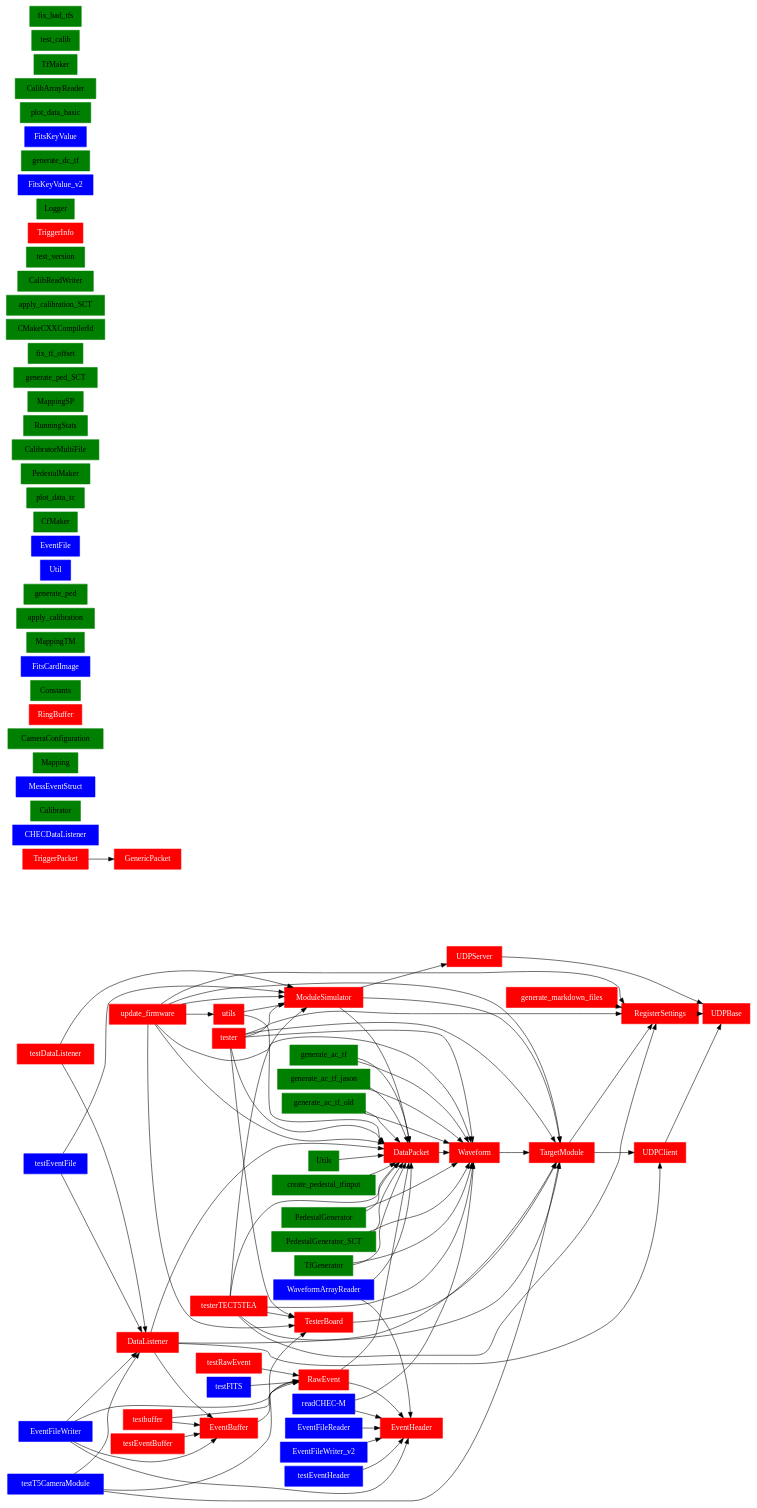
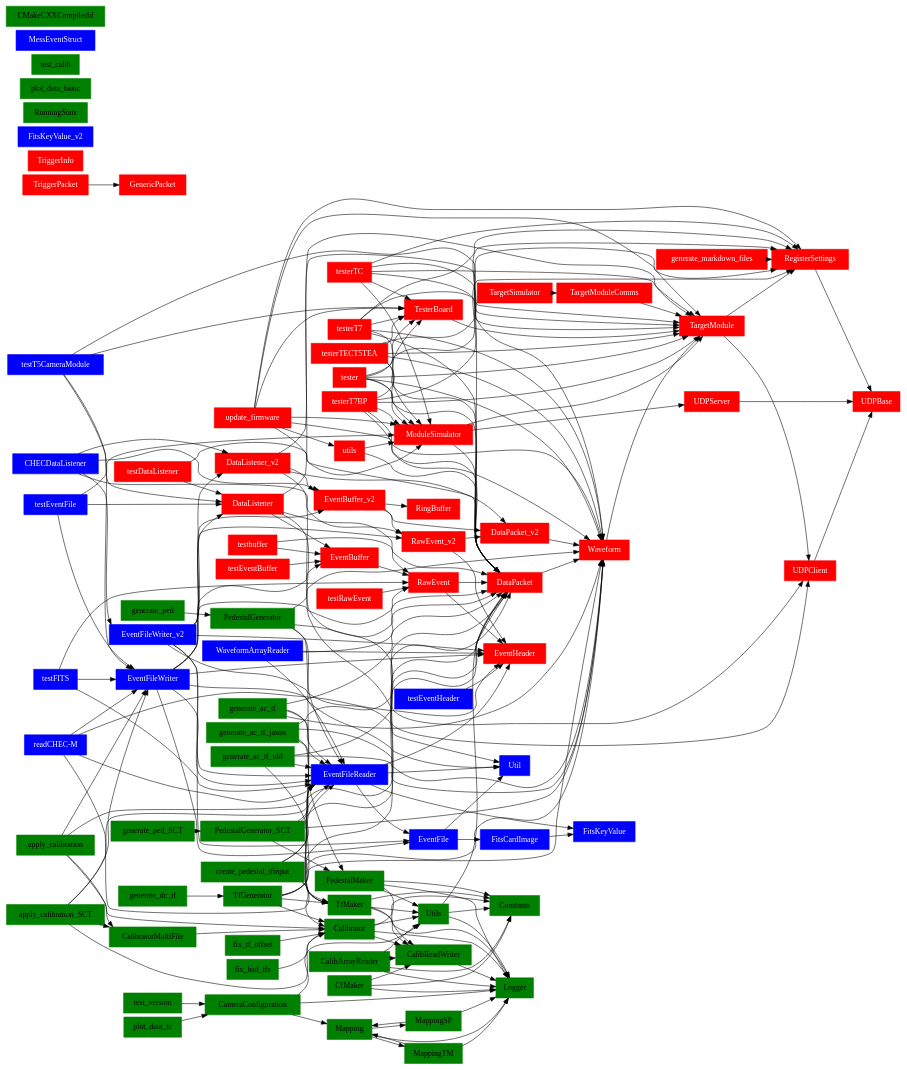
Before and after one commit to brycehoecker/TargetLibraries_sctsim: the diagram in pythonScripts/include_tree.gv, drawn with Graphviz. The commit also changed 316 other files, not shown here.

```diff
--- a/pythonScripts/include_tree.gv
+++ b/pythonScripts/include_tree.gv
@@ -3,28 +3,35 @@
 	graph [nodesep=0.1 rankdir=LR ranksep=0.1]
 	node [shape=box]
 	DataListener [color=red fontcolor=white style=filled]
+	DataListener -> EventBuffer
+	DataListener -> UDPClient
+	DataListener -> TargetModule
 	DataListener -> DataPacket
-	DataListener -> TargetModule
-	DataListener -> UDPClient
-	DataListener -> EventBuffer
 	DataPacket [color=red fontcolor=white style=filled]
 	DataPacket -> Waveform
 	EventBuffer [color=red fontcolor=white style=filled]
 	EventBuffer -> RawEvent
+	EventHeader [color=red fontcolor=white style=filled]
+	GenericPacket [color=red fontcolor=white style=filled]
 	ModuleSimulator [color=red fontcolor=white style=filled]
+	ModuleSimulator -> TargetModule
+	ModuleSimulator -> DataPacket
 	ModuleSimulator -> UDPServer
-	ModuleSimulator -> DataPacket
-	ModuleSimulator -> TargetModule
 	RawEvent [color=red fontcolor=white style=filled]
+	RawEvent -> DataPacket
 	RawEvent -> EventHeader
-	RawEvent -> DataPacket
+	RegisterSettings [color=red fontcolor=white style=filled]
+	RegisterSettings -> UDPBase
+	RingBuffer [color=red fontcolor=white style=filled]
 	TargetModule [color=red fontcolor=white style=filled]
+	TargetModule -> UDPClient
 	TargetModule -> RegisterSettings
-	TargetModule -> UDPClient
 	TesterBoard [color=red fontcolor=white style=filled]
 	TesterBoard -> TargetModule
+	TriggerInfo [color=red fontcolor=white style=filled]
 	TriggerPacket [color=red fontcolor=white style=filled]
 	TriggerPacket -> GenericPacket
+	UDPBase [color=red fontcolor=white style=filled]
 	UDPClient [color=red fontcolor=white style=filled]
 	UDPClient -> UDPBase
 	UDPServer [color=red fontcolor=white style=filled]
@@ -34,126 +41,248 @@
 	utils [color=red fontcolor=white style=filled]
 	utils -> DataPacket
 	utils -> ModuleSimulator
-	RegisterSettings [color=red fontcolor=white style=filled]
-	RegisterSettings -> UDPBase
+	DataListener_v2 [color=red fontcolor=white style=filled]
+	DataListener_v2 -> UDPClient
+	DataListener_v2 -> TargetModule
+	DataListener_v2 -> DataPacket_v2
+	DataListener_v2 -> EventBuffer_v2
+	DataPacket_v2 [color=red fontcolor=white style=filled]
+	DataPacket_v2 -> Waveform
+	EventBuffer_v2 [color=red fontcolor=white style=filled]
+	EventBuffer_v2 -> DataPacket_v2
+	EventBuffer_v2 -> RingBuffer
+	EventBuffer_v2 -> RawEvent_v2
+	RawEvent_v2 [color=red fontcolor=white style=filled]
+	RawEvent_v2 -> DataPacket_v2
+	RawEvent_v2 -> EventHeader
+	TargetModuleComms [color=red fontcolor=white style=filled]
+	TargetModuleComms -> TargetModule
+	TargetSimulator [color=red fontcolor=white style=filled]
+	TargetSimulator -> TargetModuleComms
 	generate_markdown_files [color=red fontcolor=white style=filled]
 	generate_markdown_files -> RegisterSettings
 	testbuffer [color=red fontcolor=white style=filled]
 	testbuffer -> RawEvent
 	testbuffer -> EventBuffer
 	tester [color=red fontcolor=white style=filled]
+	tester -> ModuleSimulator
 	tester -> DataPacket
 	tester -> TargetModule
-	tester -> ModuleSimulator
+	tester -> Waveform
 	tester -> TesterBoard
 	tester -> RegisterSettings
-	tester -> Waveform
 	testerTECT5TEA [color=red fontcolor=white style=filled]
+	testerTECT5TEA -> ModuleSimulator
 	testerTECT5TEA -> DataPacket
 	testerTECT5TEA -> TargetModule
-	testerTECT5TEA -> ModuleSimulator
+	testerTECT5TEA -> Waveform
 	testerTECT5TEA -> TesterBoard
 	testerTECT5TEA -> RegisterSettings
-	testerTECT5TEA -> Waveform
 	update_firmware [color=red fontcolor=white style=filled]
+	update_firmware -> utils
+	update_firmware -> ModuleSimulator
 	update_firmware -> DataPacket
 	update_firmware -> TargetModule
-	update_firmware -> ModuleSimulator
+	update_firmware -> Waveform
 	update_firmware -> TesterBoard
 	update_firmware -> RegisterSettings
-	update_firmware -> utils
-	update_firmware -> Waveform
+	testerT7 [color=red fontcolor=white style=filled]
+	testerT7 -> ModuleSimulator
+	testerT7 -> DataPacket
+	testerT7 -> TargetModule
+	testerT7 -> Waveform
+	testerT7 -> TesterBoard
+	testerT7 -> RegisterSettings
+	testerT7BP [color=red fontcolor=white style=filled]
+	testerT7BP -> ModuleSimulator
+	testerT7BP -> DataPacket
+	testerT7BP -> TargetModule
+	testerT7BP -> Waveform
+	testerT7BP -> TesterBoard
+	testerT7BP -> RegisterSettings
+	testerTC [color=red fontcolor=white style=filled]
+	testerTC -> ModuleSimulator
+	testerTC -> DataPacket
+	testerTC -> TargetModule
+	testerTC -> Waveform
+	testerTC -> TesterBoard
+	testerTC -> RegisterSettings
 	testDataListener [color=red fontcolor=white style=filled]
+	testDataListener -> ModuleSimulator
 	testDataListener -> DataListener
-	testDataListener -> ModuleSimulator
 	testEventBuffer [color=red fontcolor=white style=filled]
 	testEventBuffer -> EventBuffer
 	testRawEvent [color=red fontcolor=white style=filled]
 	testRawEvent -> RawEvent
 	CHECDataListener [color=blue fontcolor=white style=filled]
+	CHECDataListener -> DataListener_v2
+	CHECDataListener -> EventBuffer_v2
+	CHECDataListener -> RawEvent_v2
+	CHECDataListener -> EventFileWriter_v2
 	"readCHEC-M" [color=blue fontcolor=white style=filled]
+	"readCHEC-M" -> EventFileWriter
+	"readCHEC-M" -> Waveform
 	"readCHEC-M" -> EventHeader
-	"readCHEC-M" -> Waveform
+	"readCHEC-M" -> EventFileReader
+	EventFile [color=blue fontcolor=white style=filled]
+	EventFile -> Util
+	EventFile -> FitsCardImage
 	EventFileReader [color=blue fontcolor=white style=filled]
 	EventFileReader -> EventHeader
+	EventFileReader -> FitsKeyValue
+	EventFileReader -> Util
+	EventFileReader -> EventFile
 	EventFileWriter [color=blue fontcolor=white style=filled]
+	EventFileWriter -> EventBuffer
 	EventFileWriter -> DataListener
 	EventFileWriter -> EventHeader
 	EventFileWriter -> RawEvent
-	EventFileWriter -> EventBuffer
+	EventFileWriter -> Util
+	EventFileWriter -> EventFile
+	EventFileWriter -> EventFileReader
 	EventFileWriter_v2 [color=blue fontcolor=white style=filled]
+	EventFileWriter_v2 -> DataListener_v2
+	EventFileWriter_v2 -> EventFile
+	EventFileWriter_v2 -> Util
+	EventFileWriter_v2 -> EventBuffer_v2
 	EventFileWriter_v2 -> EventHeader
+	EventFileWriter_v2 -> EventFileReader
+	EventFileWriter_v2 -> RawEvent_v2
+	FitsCardImage [color=blue fontcolor=white style=filled]
+	FitsCardImage -> FitsKeyValue
+	FitsKeyValue [color=blue fontcolor=white style=filled]
+	Util [color=blue fontcolor=white style=filled]
 	WaveformArrayReader [color=blue fontcolor=white style=filled]
+	WaveformArrayReader -> DataPacket
 	WaveformArrayReader -> EventHeader
-	WaveformArrayReader -> DataPacket
+	WaveformArrayReader -> EventFileReader
+	FitsKeyValue_v2 [color=blue fontcolor=white style=filled]
 	testEventFile [color=blue fontcolor=white style=filled]
 	testEventFile -> DataListener
+	testEventFile -> EventFileWriter
 	testEventFile -> ModuleSimulator
 	testEventHeader [color=blue fontcolor=white style=filled]
 	testEventHeader -> EventHeader
 	testFITS [color=blue fontcolor=white style=filled]
+	testFITS -> EventFileWriter
 	testFITS -> RawEvent
+	testFITS -> EventFileReader
 	testT5CameraModule [color=blue fontcolor=white style=filled]
 	testT5CameraModule -> DataListener
+	testT5CameraModule -> EventFileWriter
+	testT5CameraModule -> TargetModule
 	testT5CameraModule -> TesterBoard
-	testT5CameraModule -> TargetModule
+	CalibArrayReader [color=green fontcolor=black style=filled]
+	CalibArrayReader -> Logger
+	CalibArrayReader -> CalibReadWriter
+	CalibArrayReader -> Utils
+	CalibArrayReader -> Constants
+	CalibReadWriter [color=green fontcolor=black style=filled]
+	CalibReadWriter -> Logger
+	Calibrator [color=green fontcolor=black style=filled]
+	Calibrator -> Logger
+	Calibrator -> CalibReadWriter
+	Calibrator -> Utils
+	Calibrator -> Constants
+	CalibratorMultiFile [color=green fontcolor=black style=filled]
+	CalibratorMultiFile -> Calibrator
+	CameraConfiguration [color=green fontcolor=black style=filled]
+	CameraConfiguration -> Logger
+	CameraConfiguration -> Utils
+	CameraConfiguration -> Mapping
+	CfMaker [color=green fontcolor=black style=filled]
+	CfMaker -> Logger
+	CfMaker -> Constants
+	CfMaker -> CalibReadWriter
+	Logger [color=green fontcolor=black style=filled]
+	Mapping [color=green fontcolor=black style=filled]
+	Mapping -> Logger
+	Mapping -> MappingTM
+	Mapping -> MappingSP
+	MappingSP [color=green fontcolor=black style=filled]
+	MappingSP -> Logger
+	MappingSP -> Mapping
+	MappingTM [color=green fontcolor=black style=filled]
+	MappingTM -> Logger
+	MappingTM -> Mapping
+	PedestalMaker [color=green fontcolor=black style=filled]
+	PedestalMaker -> Logger
+	PedestalMaker -> Constants
+	PedestalMaker -> CalibReadWriter
+	PedestalMaker -> Utils
+	RunningStats [color=green fontcolor=black style=filled]
+	TfMaker [color=green fontcolor=black style=filled]
+	TfMaker -> Logger
+	TfMaker -> Constants
+	TfMaker -> CalibReadWriter
+	TfMaker -> Utils
 	Utils [color=green fontcolor=black style=filled]
+	Utils -> Logger
 	Utils -> DataPacket
+	Utils -> Constants
 	PedestalGenerator [color=green fontcolor=black style=filled]
 	PedestalGenerator -> DataPacket
 	PedestalGenerator -> Waveform
+	PedestalGenerator -> PedestalMaker
+	PedestalGenerator -> EventFileReader
 	PedestalGenerator_SCT [color=green fontcolor=black style=filled]
 	PedestalGenerator_SCT -> DataPacket
 	PedestalGenerator_SCT -> Waveform
+	PedestalGenerator_SCT -> PedestalMaker
+	PedestalGenerator_SCT -> EventFileReader
 	TfGenerator [color=green fontcolor=black style=filled]
 	TfGenerator -> DataPacket
+	TfGenerator -> TfMaker
 	TfGenerator -> Waveform
+	TfGenerator -> EventFileReader
+	TfGenerator -> Calibrator
+	plot_data_basic [color=green fontcolor=black style=filled]
+	plot_data_tc [color=green fontcolor=black style=filled]
+	plot_data_tc -> CameraConfiguration
+	apply_calibration [color=green fontcolor=black style=filled]
+	apply_calibration -> CalibratorMultiFile
+	apply_calibration -> EventFileWriter
+	apply_calibration -> EventFileReader
+	apply_calibration -> Calibrator
+	apply_calibration_SCT [color=green fontcolor=black style=filled]
+	apply_calibration_SCT -> CalibratorMultiFile
+	apply_calibration_SCT -> EventFileWriter
+	apply_calibration_SCT -> EventFileReader
+	apply_calibration_SCT -> Calibrator
 	create_pedestal_tfinput [color=green fontcolor=black style=filled]
 	create_pedestal_tfinput -> DataPacket
+	create_pedestal_tfinput -> TfMaker
+	create_pedestal_tfinput -> EventFileReader
+	create_pedestal_tfinput -> Calibrator
+	fix_bad_tfs [color=green fontcolor=black style=filled]
+	fix_bad_tfs -> Calibrator
+	fix_tf_offset [color=green fontcolor=black style=filled]
+	fix_tf_offset -> Calibrator
 	generate_ac_tf [color=green fontcolor=black style=filled]
 	generate_ac_tf -> DataPacket
+	generate_ac_tf -> TfMaker
 	generate_ac_tf -> Waveform
+	generate_ac_tf -> EventFileReader
 	generate_ac_tf_jason [color=green fontcolor=black style=filled]
 	generate_ac_tf_jason -> DataPacket
 	generate_ac_tf_jason -> Waveform
+	generate_ac_tf_jason -> TfMaker
+	generate_ac_tf_jason -> EventFileReader
 	generate_ac_tf_old [color=green fontcolor=black style=filled]
 	generate_ac_tf_old -> DataPacket
 	generate_ac_tf_old -> Waveform
-	Calibrator [color=green fontcolor=black style=filled]
+	generate_ac_tf_old -> TfMaker
+	generate_ac_tf_old -> EventFileReader
+	generate_dc_tf [color=green fontcolor=black style=filled]
+	generate_dc_tf -> TfGenerator
+	generate_ped [color=green fontcolor=black style=filled]
+	generate_ped -> PedestalGenerator
+	generate_ped_SCT [color=green fontcolor=black style=filled]
+	generate_ped_SCT -> PedestalGenerator_SCT
+	test_version [color=green fontcolor=black style=filled]
+	test_version -> CameraConfiguration
+	test_calib [color=green fontcolor=black style=filled]
 	MessEventStruct [color=blue fontcolor=white style=filled]
-	Mapping [color=green fontcolor=black style=filled]
-	CameraConfiguration [color=green fontcolor=black style=filled]
-	RingBuffer [color=red fontcolor=white style=filled]
+	CMakeCXXCompilerId [color=green fontcolor=black style=filled]
 	Constants [color=green fontcolor=black style=filled]
-	FitsCardImage [color=blue fontcolor=white style=filled]
-	MappingTM [color=green fontcolor=black style=filled]
-	apply_calibration [color=green fontcolor=black style=filled]
-	generate_ped [color=green fontcolor=black style=filled]
-	Util [color=blue fontcolor=white style=filled]
-	EventFile [color=blue fontcolor=white style=filled]
-	CfMaker [color=green fontcolor=black style=filled]
-	plot_data_tc [color=green fontcolor=black style=filled]
-	PedestalMaker [color=green fontcolor=black style=filled]
-	CalibratorMultiFile [color=green fontcolor=black style=filled]
-	RunningStats [color=green fontcolor=black style=filled]
-	MappingSP [color=green fontcolor=black style=filled]
-	generate_ped_SCT [color=green fontcolor=black style=filled]
-	fix_tf_offset [color=green fontcolor=black style=filled]
-	CMakeCXXCompilerId [color=green fontcolor=black style=filled]
-	GenericPacket [color=red fontcolor=white style=filled]
-	EventHeader [color=red fontcolor=white style=filled]
-	apply_calibration_SCT [color=green fontcolor=black style=filled]
-	CalibReadWriter [color=green fontcolor=black style=filled]
-	test_version [color=green fontcolor=black style=filled]
-	TriggerInfo [color=red fontcolor=white style=filled]
-	Logger [color=green fontcolor=black style=filled]
-	FitsKeyValue_v2 [color=blue fontcolor=white style=filled]
-	generate_dc_tf [color=green fontcolor=black style=filled]
-	FitsKeyValue [color=blue fontcolor=white style=filled]
-	plot_data_basic [color=green fontcolor=black style=filled]
-	CalibArrayReader [color=green fontcolor=black style=filled]
-	UDPBase [color=red fontcolor=white style=filled]
-	TfMaker [color=green fontcolor=black style=filled]
-	test_calib [color=green fontcolor=black style=filled]
-	fix_bad_tfs [color=green fontcolor=black style=filled]
 }
```
